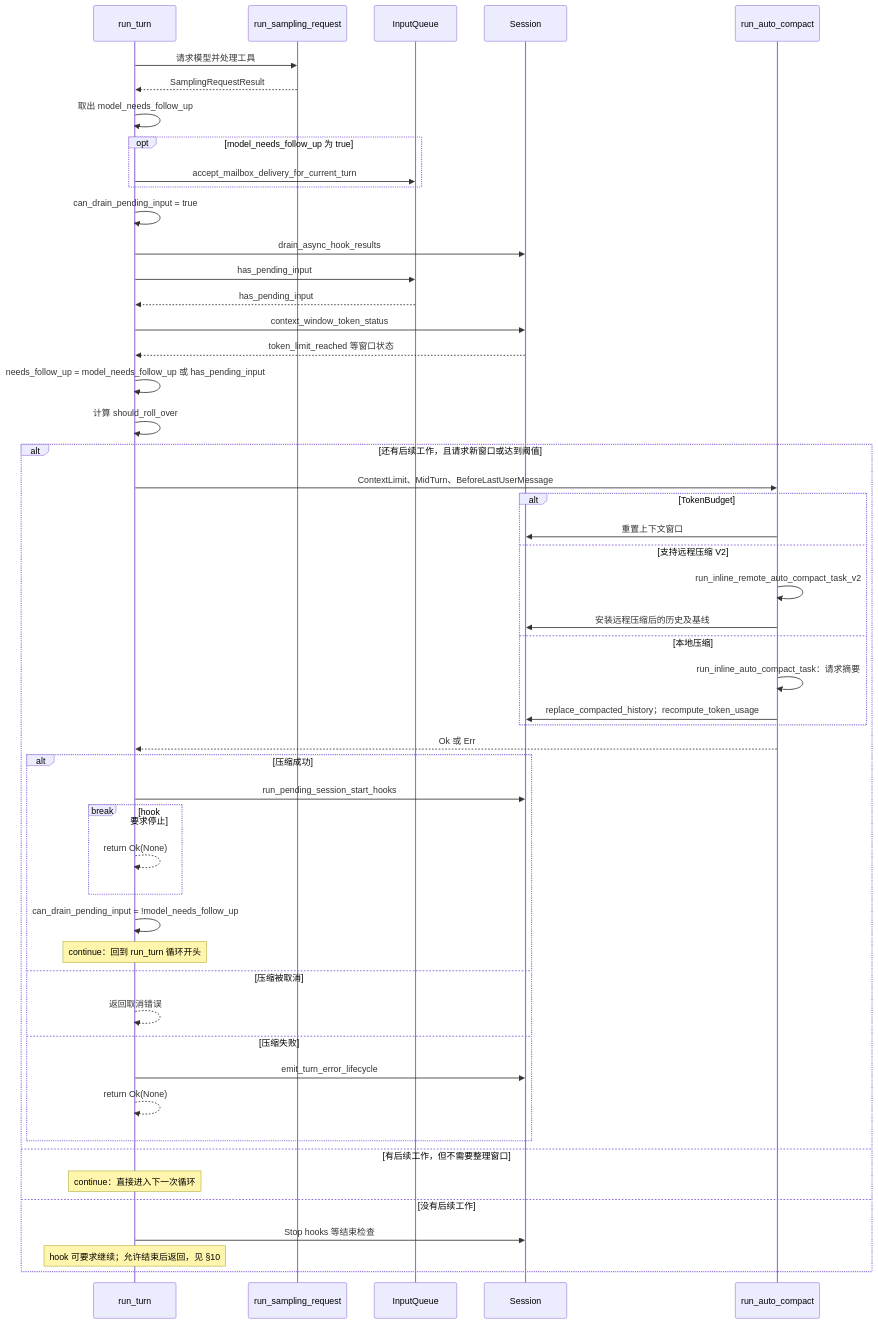
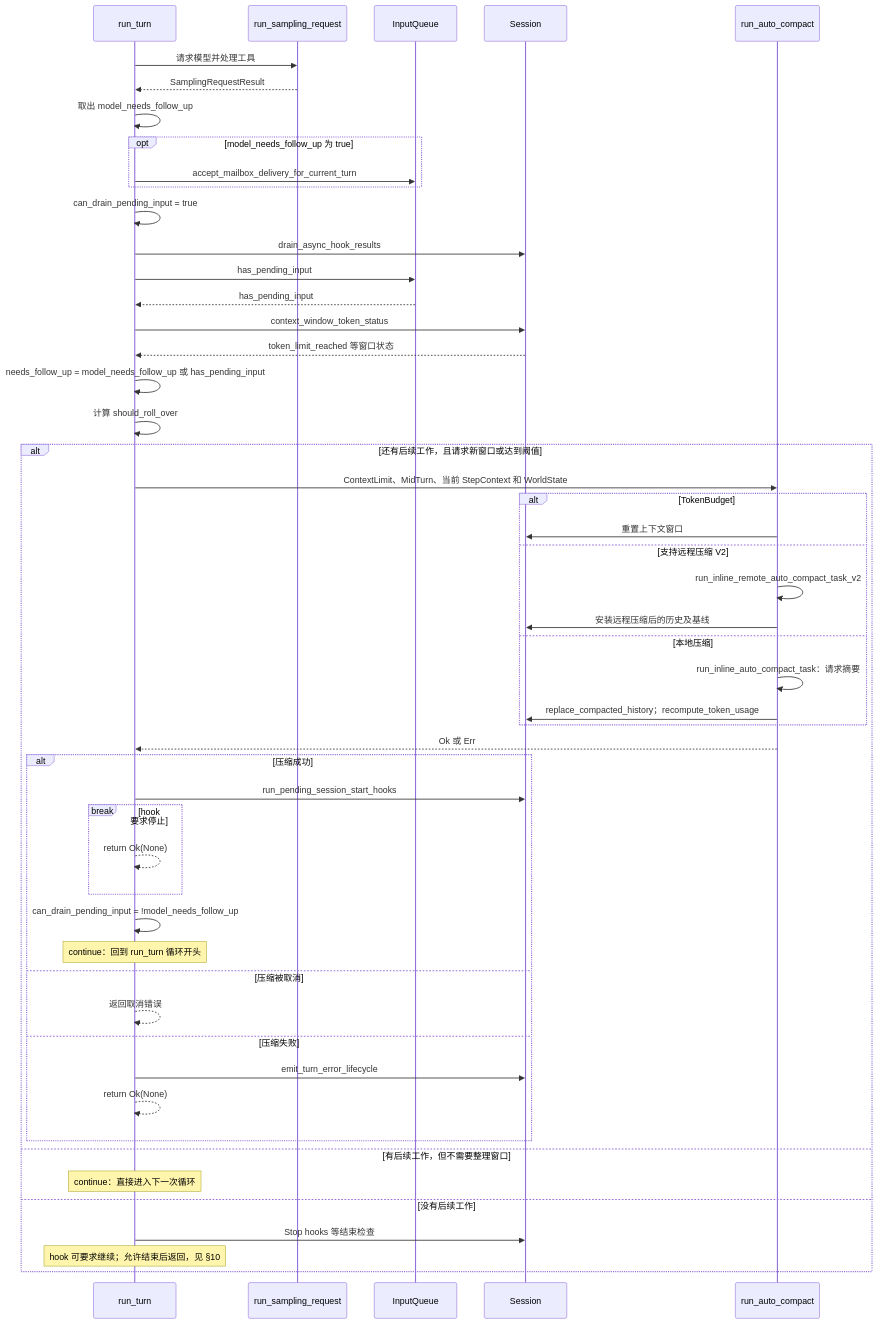
Diagram 28 of 32 in src/content/post/agents-codex/index.md (nickqiaoo/nickqiaoo.github.io), drawn with Mermaid before and after one commit. The commit also changed other lines of this file and 1 other file, not shown here.

````diff
--- a/src/content/post/agents-codex/index.md
+++ b/src/content/post/agents-codex/index.md
@@ -2029,54 +2036,54 @@
 ```mermaid
 sequenceDiagram
   participant R as run_turn
   participant S as run_sampling_request
   participant Q as InputQueue
   participant H as Session
   participant C as run_auto_compact
 
   R->>S: 请求模型并处理工具
   S-->>R: SamplingRequestResult
   R->>R: 取出 model_needs_follow_up
   opt model_needs_follow_up 为 true
     R->>Q: accept_mailbox_delivery_for_current_turn
   end
   R->>R: can_drain_pending_input = true
   R->>H: drain_async_hook_results
   R->>Q: has_pending_input
   Q-->>R: has_pending_input
   R->>H: context_window_token_status
   H-->>R: token_limit_reached 等窗口状态
   R->>R: needs_follow_up = model_needs_follow_up 或 has_pending_input
   R->>R: 计算 should_roll_over
   alt 还有后续工作，且请求新窗口或达到阈值
-    R->>C: ContextLimit、MidTurn、BeforeLastUserMessage
+    R->>C: ContextLimit、MidTurn、当前 StepContext 和 WorldState
     alt TokenBudget
       C->>H: 重置上下文窗口
     else 支持远程压缩 V2
       C->>C: run_inline_remote_auto_compact_task_v2
       C->>H: 安装远程压缩后的历史及基线
     else 本地压缩
       C->>C: run_inline_auto_compact_task：请求摘要
       C->>H: replace_compacted_history；recompute_token_usage
     end
     C-->>R: Ok 或 Err
     alt 压缩成功
       R->>H: run_pending_session_start_hooks
       break hook 要求停止
         R-->>R: return Ok(None)
       end
       R->>R: can_drain_pending_input = !model_needs_follow_up
       Note over R: continue：回到 run_turn 循环开头
     else 压缩被取消
       R-->>R: 返回取消错误
     else 压缩失败
       R->>H: emit_turn_error_lifecycle
       R-->>R: return Ok(None)
     end
   else 有后续工作，但不需要整理窗口
     Note over R: continue：直接进入下一次循环
   else 没有后续工作
     R->>H: Stop hooks 等结束检查
     Note over R: hook 可要求继续；允许结束后返回，见 §10
   end
 ```
````
